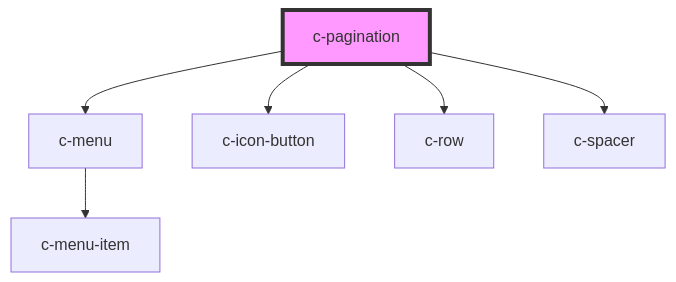
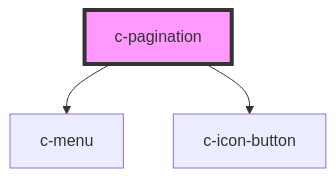
One commit to hannyle/csc-ui changed the diagram in src/components/c-pagination/readme.md. Above: the diagram before and after it, drawn with Mermaid. The commit also changed other lines of this file and 2 other files, not shown here.

Commit message:
c-pagination fixes

````diff
--- a/src/components/c-pagination/readme.md
+++ b/src/components/c-pagination/readme.md
@@ -37,9 +35,6 @@
 ```mermaid
 graph TD;
   c-pagination --> c-menu
   c-pagination --> c-icon-button
-  c-pagination --> c-row
-  c-pagination --> c-spacer
-  c-menu --> c-menu-item
   style c-pagination fill:#f9f,stroke:#333,stroke-width:4px
 ```
````
